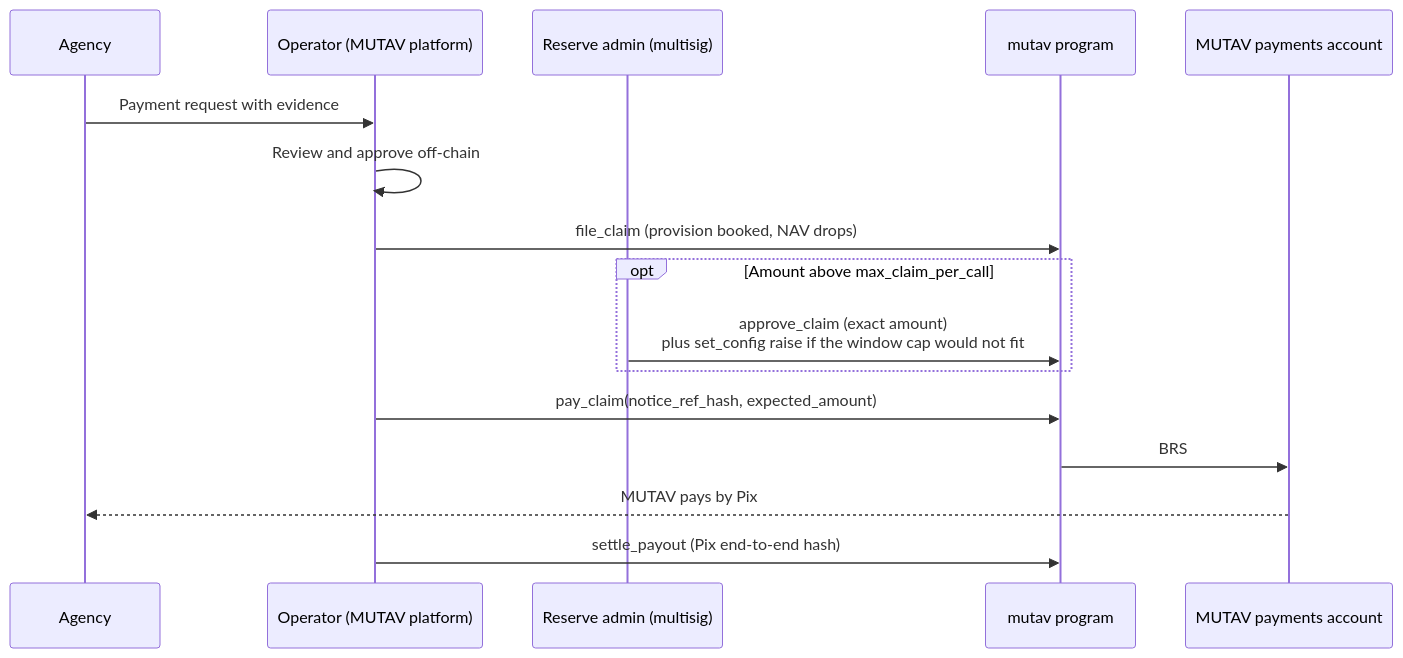
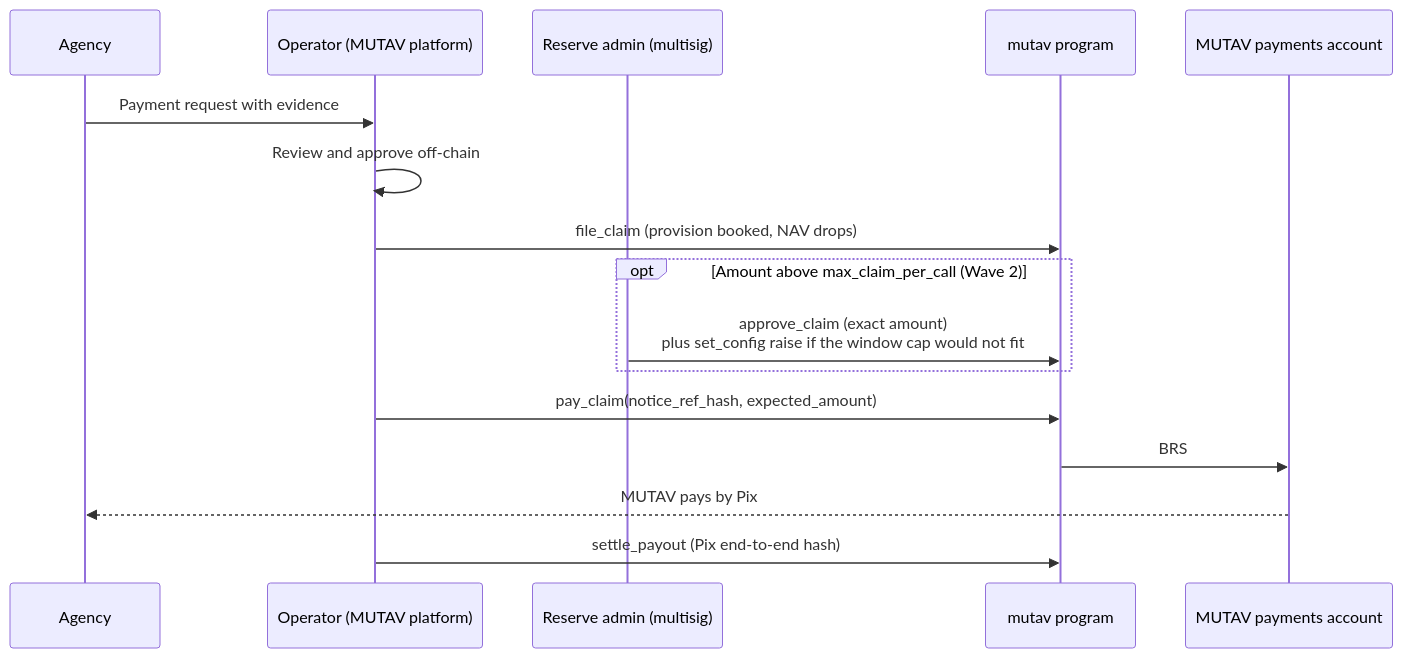
One commit to mutav-finance/mutav-protocol-solana changed the first of 2 diagrams in docs/reserve-framework/claims-and-payments.md. Above: the diagram before and after it, drawn with Mermaid. The commit also changed other lines of this file and 9 other files, not shown here.

````diff
--- a/docs/reserve-framework/claims-and-payments.md
+++ b/docs/reserve-framework/claims-and-payments.md
@@ -9,19 +11,19 @@
 ```mermaid
 sequenceDiagram
     participant Ag as Agency
     participant Op as Operator (MUTAV platform)
     participant Ad as Reserve admin (multisig)
     participant Pg as mutav program
     participant Pa as MUTAV payments account
 
     Ag->>Op: Payment request with evidence
     Op->>Op: Review and approve off-chain
     Op->>Pg: file_claim (provision booked, NAV drops)
-    opt Amount above max_claim_per_call
+    opt Amount above max_claim_per_call (Wave 2)
         Ad->>Pg: approve_claim (exact amount)<br/>plus set_config raise if the window cap would not fit
     end
     Op->>Pg: pay_claim(notice_ref_hash, expected_amount)
     Pg->>Pa: BRS
     Pa-->>Ag: MUTAV pays by Pix
     Op->>Pg: settle_payout (Pix end-to-end hash)
 ```
````
